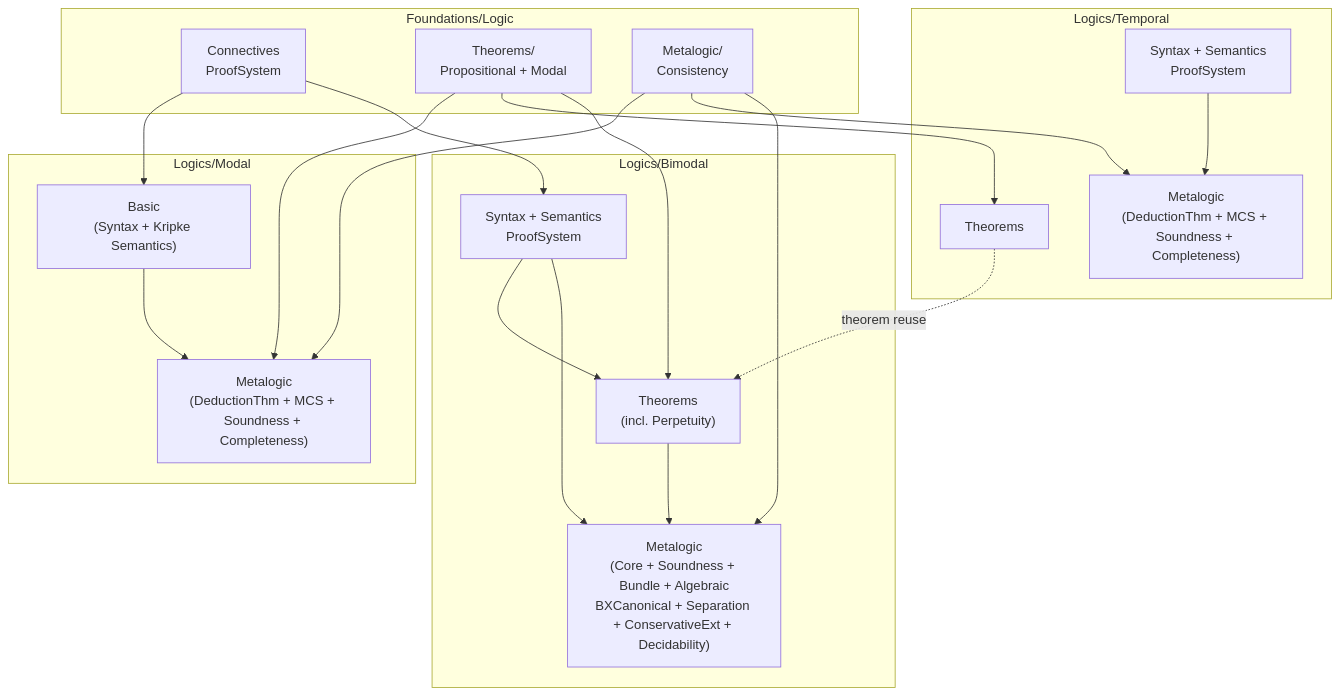
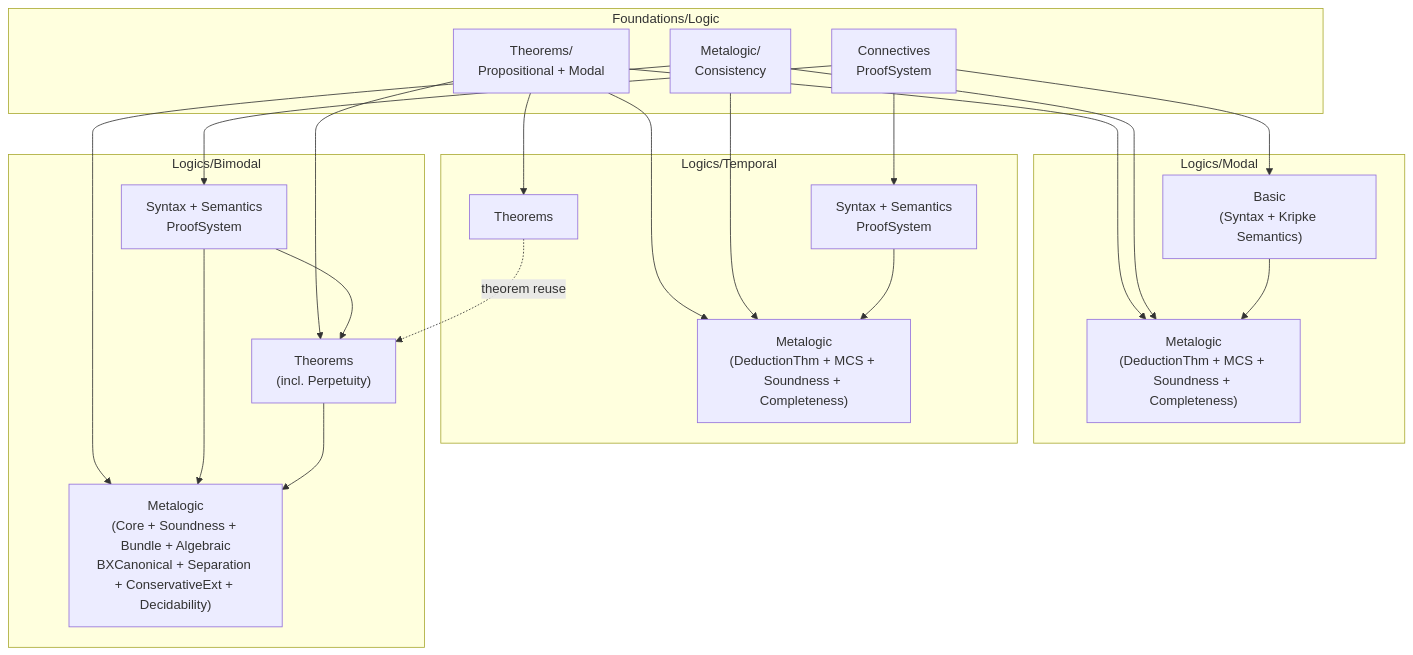
The diagram in specs/ROADMAP.md (benbrastmckie/cslib), drawn with Mermaid before and after one commit. The commit also changed other lines of this file and 8 other files, not shown here.

````diff
--- a/specs/ROADMAP.md
+++ b/specs/ROADMAP.md
@@ -19,40 +19,42 @@
 ```mermaid
 flowchart TD
     subgraph F ["Foundations/Logic"]
         FC["Connectives\nProofSystem"]
         FT["Theorems/\nPropositional + Modal"]
         FM["Metalogic/\nConsistency"]
     end
 
     subgraph M ["Logics/Modal"]
         MB["Basic\n(Syntax + Kripke Semantics)"]
         MM["Metalogic\n(DeductionThm + MCS + Soundness + Completeness)"]
     end
 
     subgraph T ["Logics/Temporal"]
         TS["Syntax + Semantics\nProofSystem"]
         TT["Theorems"]
         TM["Metalogic\n(DeductionThm + MCS + Soundness + Completeness)"]
     end
 
     subgraph B ["Logics/Bimodal"]
         BS["Syntax + Semantics\nProofSystem"]
         BT["Theorems\n(incl. Perpetuity)"]
         BM["Metalogic\n(Core + Soundness + Bundle + Algebraic\nBXCanonical + Separation + ConservativeExt + Decidability)"]
     end
 
     FC --> MB
     FC --> BS
+    FC --> TS
     FT --> MM
     FT --> TT
+    FT --> TM
     FT --> BT
     FM --> MM
     FM --> TM
     FM --> BM
     MB --> MM
     TS --> TM
     TT -.->|theorem reuse| BT
     BS --> BT
     BS --> BM
     BT --> BM
 ```
````
